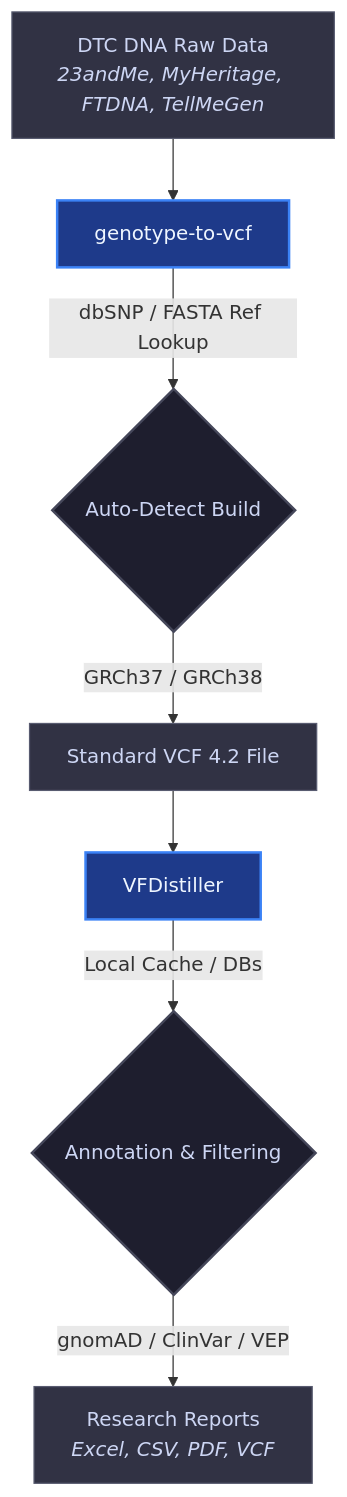
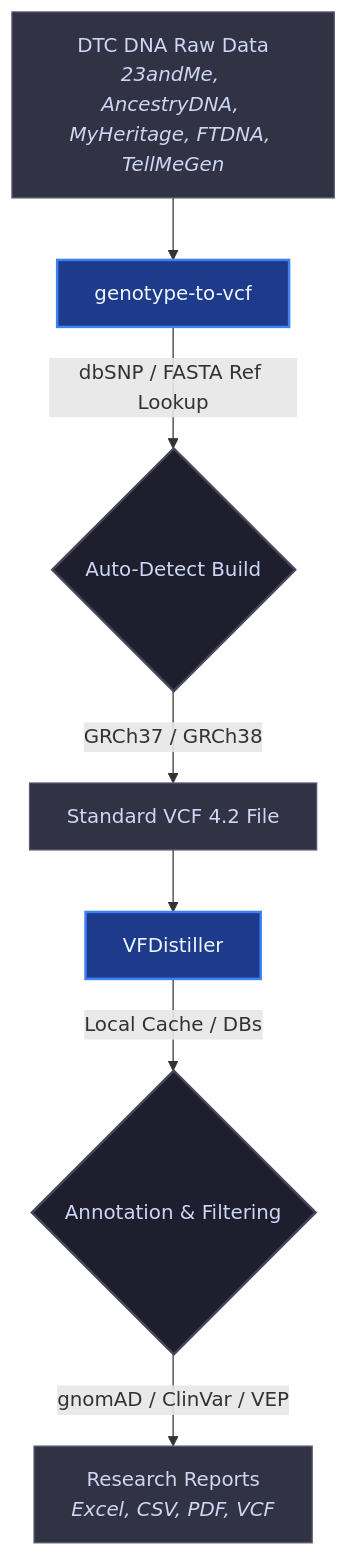
One commit to biotec-line/.github changed the diagram in profile/README.md. Above: the diagram before and after it, drawn with Mermaid. The commit also changed other lines of this file and 4 other files, not shown here.

````diff
--- a/profile/README.md
+++ b/profile/README.md
@@ -47,17 +47,17 @@
 ```mermaid
 graph TD
-    Input["DTC DNA Raw Data<br/><i>23andMe, MyHeritage, FTDNA, TellMeGen</i>"] --> G2V["genotype-to-vcf"]
+    Input["DTC DNA Raw Data<br/><i>23andMe, AncestryDNA, MyHeritage, FTDNA, TellMeGen</i>"] --> G2V["genotype-to-vcf"]
     
     G2V -->|"dbSNP / FASTA Ref Lookup"| BuildDetect{"Auto-Detect Build"}
     BuildDetect -->|"GRCh37 / GRCh38"| OutVCF["Standard VCF 4.2 File"]
     
     OutVCF --> VFD["VFDistiller"]
     VFD -->|"Local Cache / DBs"| Annotate{"Annotation & Filtering"}
     Annotate -->|"gnomAD / ClinVar / VEP"| Reports["Research Reports<br/><i>Excel, CSV, PDF, VCF</i>"]
     
     classDef default fill:#1e1e2e,stroke:#45475a,stroke-width:2px,color:#cdd6f4;
     classDef tool fill:#1e3a8a,stroke:#3b82f6,stroke-width:2px,color:#eff6ff;
     classDef data fill:#313244,stroke:#585b70,stroke-width:1px,color:#cdd6f4;
     class G2V,VFD tool;
     class Input,OutVCF,Reports data;
 ```
````
